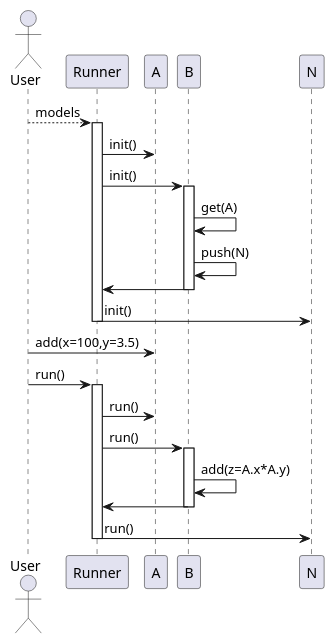
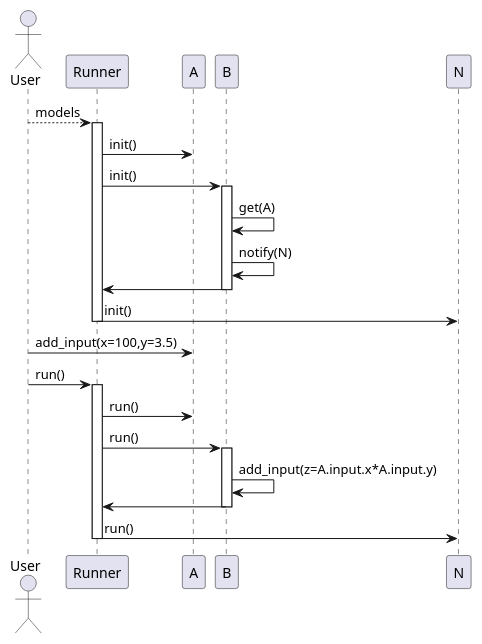
Before and after one commit to PeterKanderholm/mdrunner: the diagram in docs/model_runner.puml, drawn with PlantUML. The commit also changed 26 other files, not shown here.

```diff
--- a/docs/model_runner.puml
+++ b/docs/model_runner.puml
@@ -1,25 +1,25 @@
 @startuml
 actor User
 User --> Runner: models
 activate Runner
 Runner -> A: init()
 Runner -> B: init()
 activate B
 B -> B: get(A)
-B -> B: push(N)
+B -> B: notify(N)
 B -> Runner
 deactivate B
 Runner -> N: init()
 deactivate Runner
-User -> A: add(x=100,y=3.5)
+User -> A: add_input(x=100,y=3.5)
 User -> Runner: run()
 activate Runner
 Runner -> A: run()
 Runner -> B: run()
 activate B
-B -> B: add(z=A.x*A.y)
+B -> B: add_input(z=A.input.x*A.input.y)
 B -> Runner
 deactivate B
 Runner -> N: run()
 deactivate Runner
 @enduml
```
